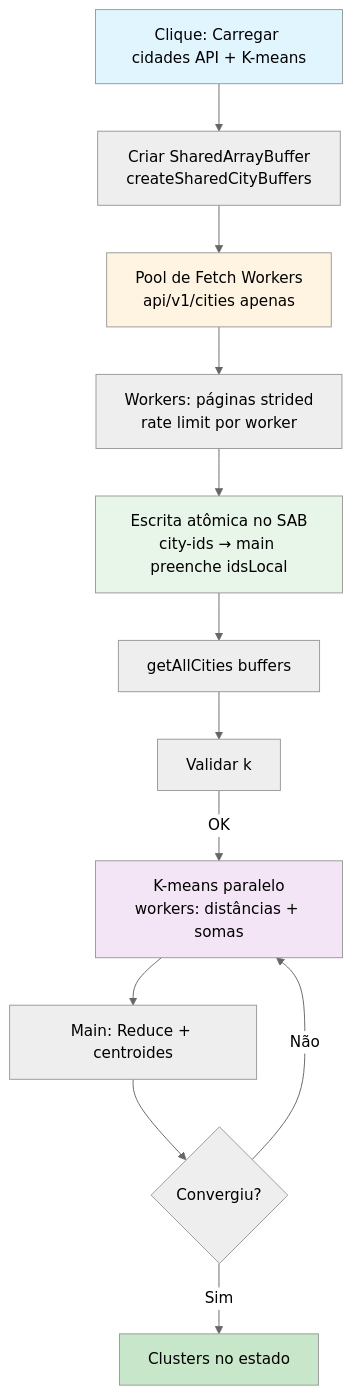
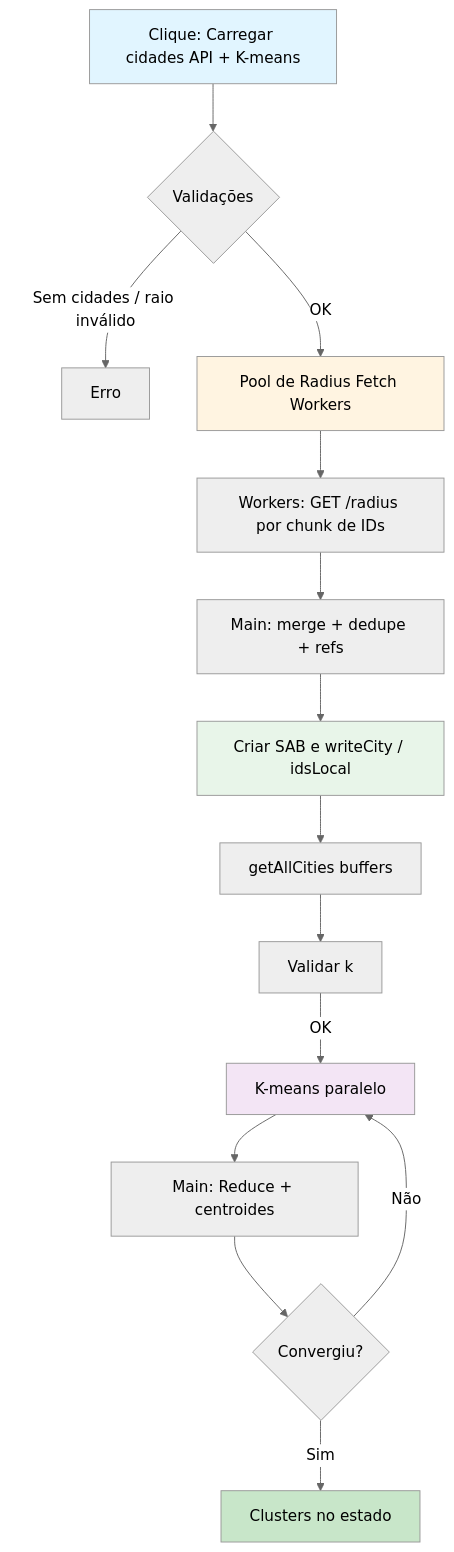
One commit to joserobertomi-itab/paradigmas changed the fifth of 6 diagrams in geodb-kmeans/README.md. Above: the diagram before and after it, drawn with Mermaid (neutral theme). The commit also changed other lines of this file and 3 other files, not shown here.

First line of the commit message:
Refactor city data handling and enhance API integration

````diff
--- a/geodb-kmeans/README.md
+++ b/geodb-kmeans/README.md
@@ -647,20 +658,22 @@
 ```mermaid
 graph TD
-    A[Clique: Carregar cidades API + K-means] --> B[Criar SharedArrayBuffer<br/>createSharedCityBuffers]
-    B --> C[Pool de Fetch Workers<br/>api/v1/cities apenas]
-    C --> D[Workers: páginas strided<br/>rate limit por worker]
-    D --> E[Escrita atômica no SAB<br/>city-ids → main preenche idsLocal]
-    E --> F[getAllCities buffers]
-    F --> G[Validar k]
-    G -->|OK| H[K-means paralelo<br/>workers: distâncias + somas]
-    H --> I[Main: Reduce + centroides]
-    I --> J{Convergiu?}
-    J -->|Não| H
-    J -->|Sim| K[Clusters no estado]
+    A[Clique: Carregar cidades API + K-means] --> B{Validações}
+    B -->|Sem cidades / raio inválido| B1[Erro]
+    B -->|OK| C[Pool de Radius Fetch Workers]
+    C --> D[Workers: GET /radius por chunk de IDs]
+    D --> E[Main: merge + dedupe + refs]
+    E --> F[Criar SAB e writeCity / idsLocal]
+    F --> G[getAllCities buffers]
+    G --> H[Validar k]
+    H -->|OK| I[K-means paralelo]
+    I --> J[Main: Reduce + centroides]
+    J --> K{Convergiu?}
+    K -->|Não| I
+    K -->|Sim| L[Clusters no estado]
     
     style A fill:#e1f5ff
     style C fill:#fff4e1
-    style E fill:#e8f5e9
-    style H fill:#f3e5f5
-    style K fill:#c8e6c9
+    style F fill:#e8f5e9
+    style I fill:#f3e5f5
+    style L fill:#c8e6c9
 ```
````
